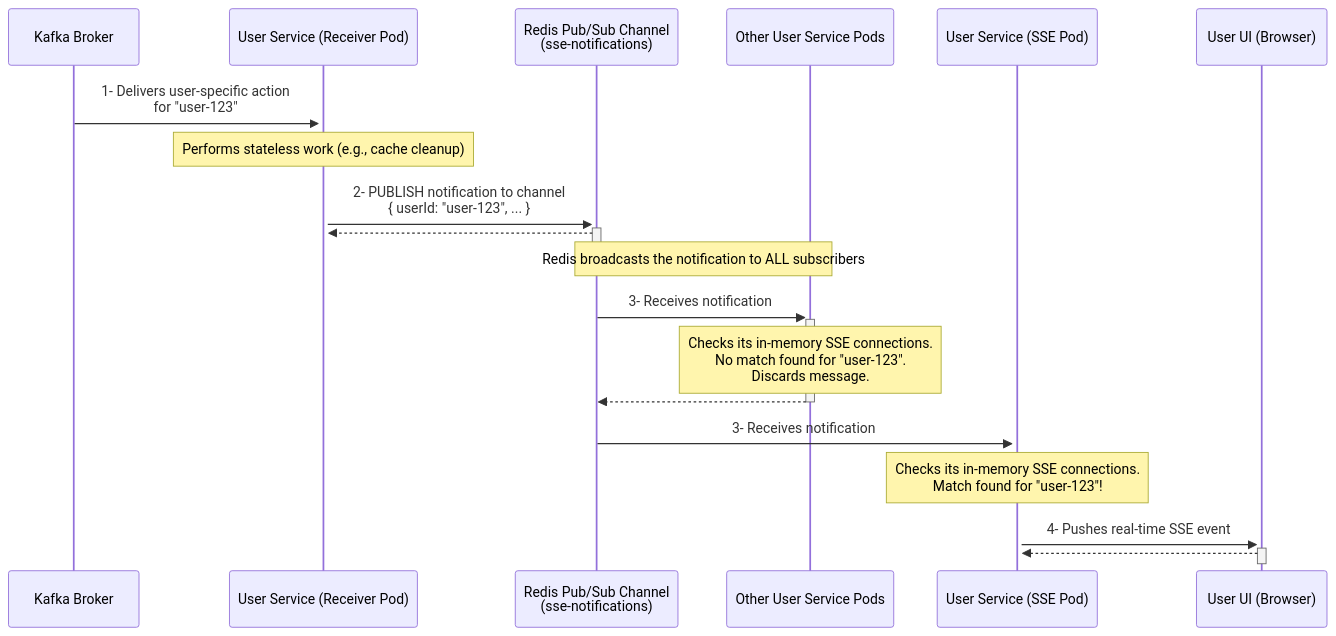
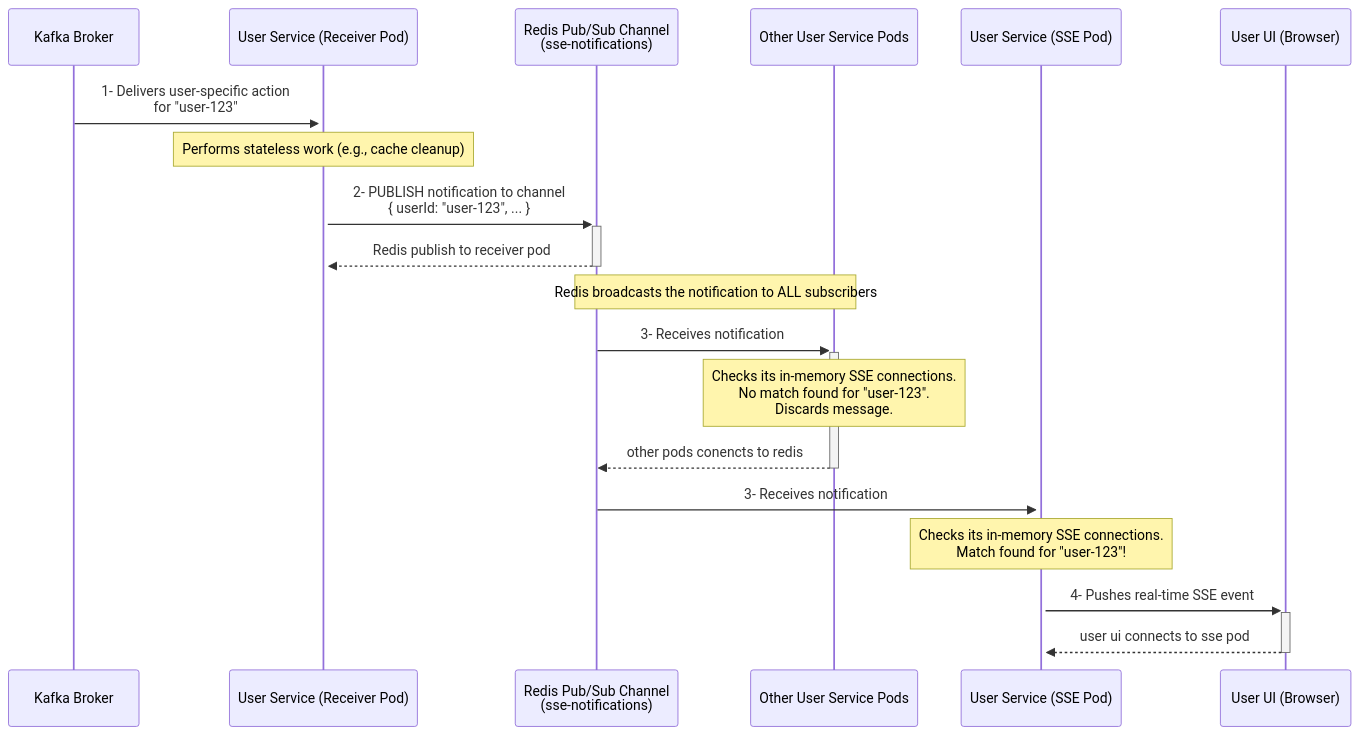
One commit to rsrini7/Notification-SSE-GLM-Flux changed the diagram in MermaidDiagrams/seq-redis-pub-sub.mmd. Above: the diagram before and after it, drawn with Mermaid. The commit also changed 5 other files, not shown here.

First line of the commit message:
docs(MermaidDiagrams): update sequence diagrams with response details

```diff
--- a/MermaidDiagrams/seq-redis-pub-sub.mmd
+++ b/MermaidDiagrams/seq-redis-pub-sub.mmd
@@ -1,25 +1,25 @@
 sequenceDiagram
     participant Kafka as Kafka Broker
     participant ReceiverPod as User Service (Receiver Pod)
     participant Redis as Redis Pub/Sub Channel <br/> (sse-notifications)
     participant OtherPods as Other User Service Pods
     participant SsePod as User Service (SSE Pod)
     participant UserUI as User UI (Browser)
 
     Kafka->>+ReceiverPod: 1- Delivers user-specific action <br/> for "user-123"
 
     Note over ReceiverPod: Performs stateless work (e.g., cache cleanup)
 
     ReceiverPod->>+Redis: 2- PUBLISH notification to channel <br/> { userId: "user-123", ... }
-    Redis-->>-ReceiverPod:
+    Redis-->>-ReceiverPod: Redis publish to receiver pod
 
     Note over Redis, OtherPods: Redis broadcasts the notification to ALL subscribers
 
     Redis->>+OtherPods: 3- Receives notification
     Note over OtherPods: Checks its in-memory SSE connections. <br/> No match found for "user-123". <br/> Discards message.
-    OtherPods-->>-Redis: 
+    OtherPods-->>-Redis: other pods conencts to redis
     
     Redis->>+SsePod: 3- Receives notification
     Note over SsePod: Checks its in-memory SSE connections. <br/> Match found for "user-123"!
     SsePod->>+UserUI: 4- Pushes real-time SSE event
-    UserUI-->>-SsePod:
+    UserUI-->>-SsePod: user ui connects to sse pod
```
